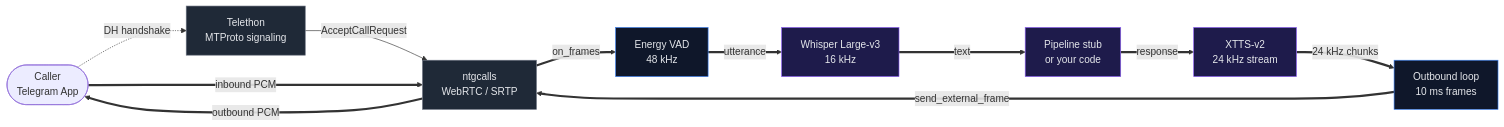
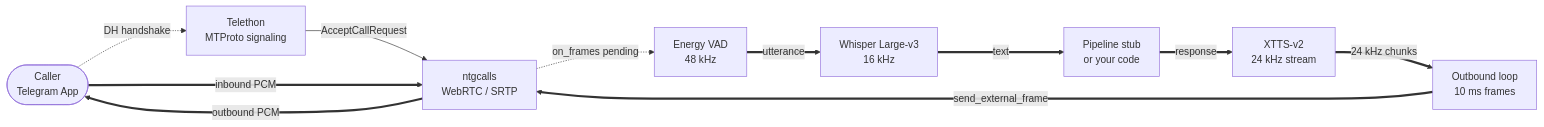
The diagram in README.md (TxPKev/novamind-telegram-voice), drawn with Mermaid before and after one commit. The commit also changed other lines of this file, not shown here.

````diff
--- a/README.md
+++ b/README.md
@@ -25,29 +57,22 @@
 ```mermaid
 flowchart LR
     Caller([Caller<br/>Telegram App])
     Tele[Telethon<br/>MTProto signaling]
     NTG[ntgcalls<br/>WebRTC / SRTP]
     VAD[Energy VAD<br/>48 kHz]
     STT[Whisper Large-v3<br/>16 kHz]
     PIPE[Pipeline stub<br/>or your code]
     TTS[XTTS-v2<br/>24 kHz stream]
     OUT[Outbound loop<br/>10 ms frames]
 
     Caller -.->|DH handshake| Tele
     Tele -->|AcceptCallRequest| NTG
     Caller ==>|inbound PCM| NTG
-    NTG ==>|on_frames| VAD
+    NTG -.->|on_frames pending| VAD
     VAD ==>|utterance| STT
     STT ==>|text| PIPE
     PIPE ==>|response| TTS
     TTS ==>|24 kHz chunks| OUT
     OUT ==>|send_external_frame| NTG
     NTG ==>|outbound PCM| Caller
-
-    classDef signal fill:#1f2937,stroke:#6b7280,color:#e5e7eb
-    classDef audio fill:#0f172a,stroke:#3b82f6,color:#e5e7eb
-    classDef ml fill:#1e1b4b,stroke:#8b5cf6,color:#e5e7eb
-    class Tele,NTG signal
-    class VAD,OUT audio
-    class STT,TTS,PIPE ml
 ```
````
